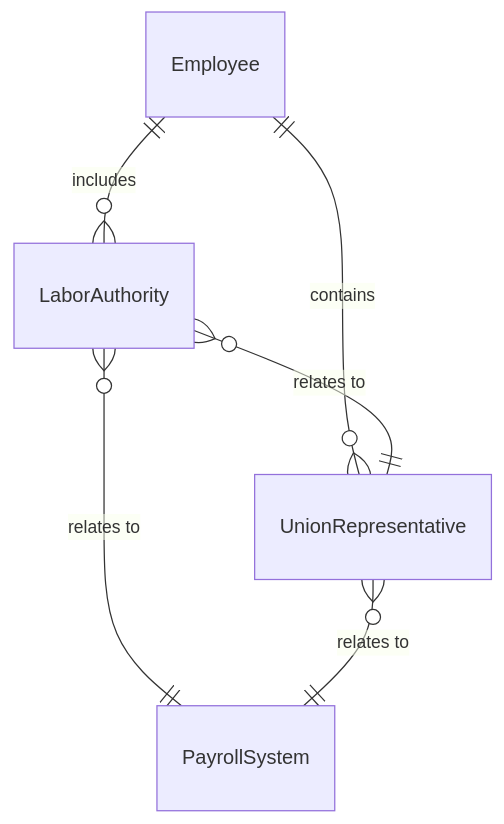
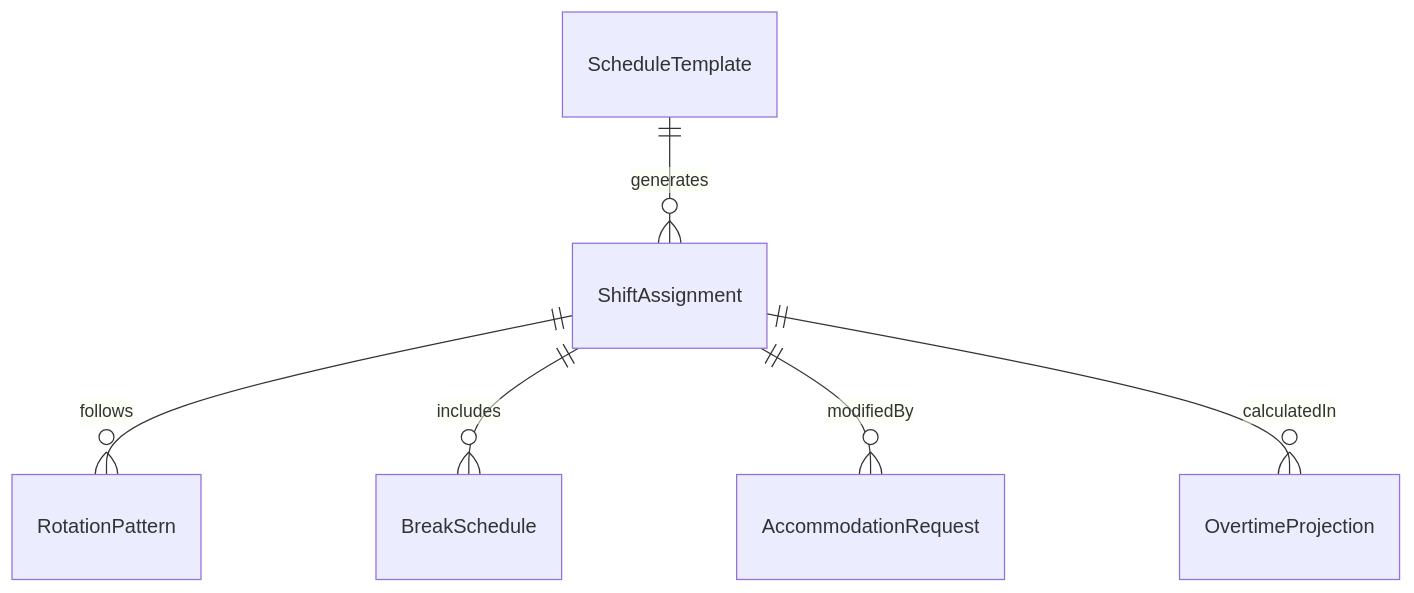
Before and after one commit to dot-org-ai/tasks.org.ai: the first of 4 diagrams in GuidingDirectingAndMotivatingSubordinates/AssignWorkToOthers/PrepareEmployeeWorkSchedules.mdx, drawn with Mermaid. The commit also changed other lines of this file and 515 other files, not shown here.

````diff
--- a/GuidingDirectingAndMotivatingSubordinates/AssignWorkToOthers/PrepareEmployeeWorkSchedules.mdx
+++ b/GuidingDirectingAndMotivatingSubordinates/AssignWorkToOthers/PrepareEmployeeWorkSchedules.mdx
@@ -86,8 +86,8 @@
 ```mermaid
 erDiagram
-    Employee ||--o{ LaborAuthority : includes
-    Employee ||--o{ UnionRepresentative : contains
-    LaborAuthority }o--|| UnionRepresentative : "relates to"
-    LaborAuthority }o--|| PayrollSystem : "relates to"
-    UnionRepresentative }o--|| PayrollSystem : "relates to"
+    ShiftAssignment ||--o{ RotationPattern : follows
+    ShiftAssignment ||--o{ BreakSchedule : includes
+    ShiftAssignment ||--o{ AccommodationRequest : modifiedBy
+    ScheduleTemplate ||--o{ ShiftAssignment : generates
+    ShiftAssignment ||--o{ OvertimeProjection : calculatedIn
 ```
````
